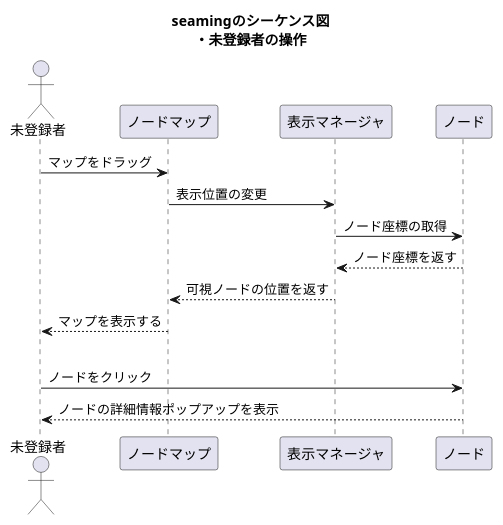
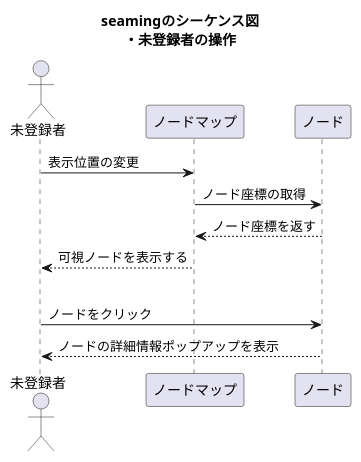
One commit to PastaSoba/seaming changed the diagram in docs/UML/sequence_unregister.pu. Above: the diagram before and after it, drawn with PlantUML. The commit also changed 2 other files, not shown here.

```diff
--- a/docs/UML/sequence_unregister.pu
+++ b/docs/UML/sequence_unregister.pu
@@ -1,20 +1,18 @@
 @startuml
 
 title seamingのシーケンス図\n・未登録者の操作
 
 
 actor 未登録者 
 
-未登録者 -> ノードマップ : マップをドラッグ
-ノードマップ -> 表示マネージャ : 表示位置の変更
-表示マネージャ -> ノード : ノード座標の取得
-表示マネージャ <-- ノード : ノード座標を返す
-ノードマップ <-- 表示マネージャ : 可視ノードの位置を返す
-未登録者 <-- ノードマップ : マップを表示する
+未登録者 -> ノードマップ : 表示位置の変更
+ノードマップ -> ノード : ノード座標の取得
+ノードマップ <-- ノード : ノード座標を返す
+未登録者 <-- ノードマップ : 可視ノードを表示する
 
 |||
 
 未登録者 -> ノード : ノードをクリック
 未登録者 <-- ノード : ノードの詳細情報ポップアップを表示
 
 @enduml
```
